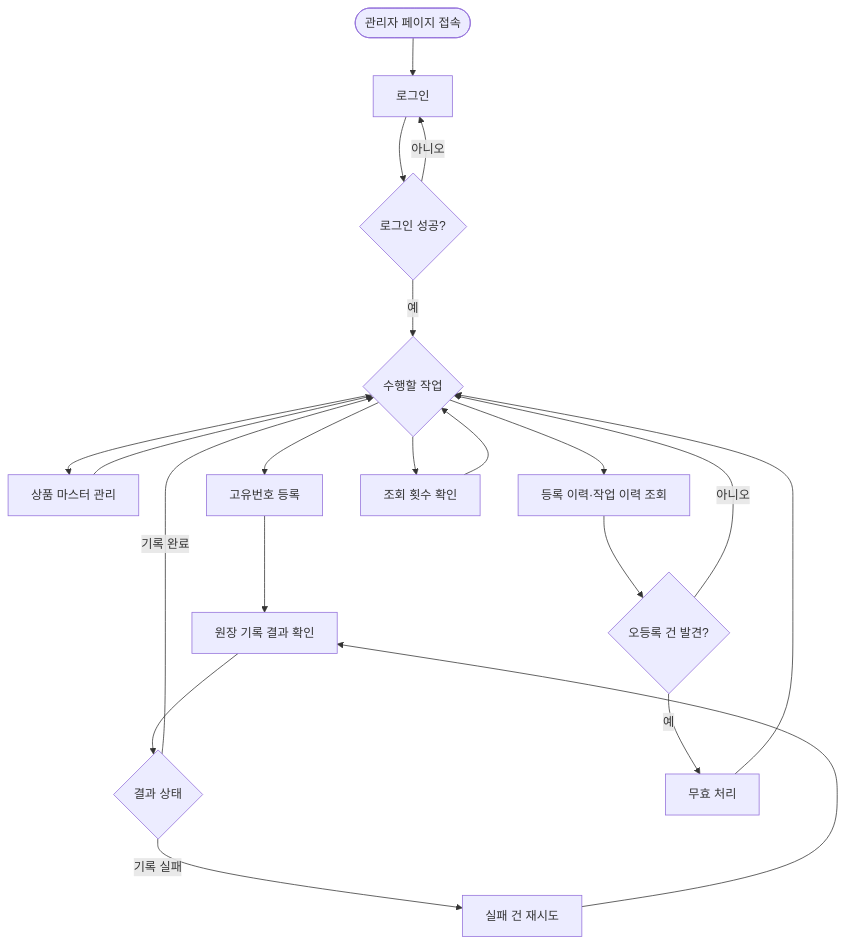
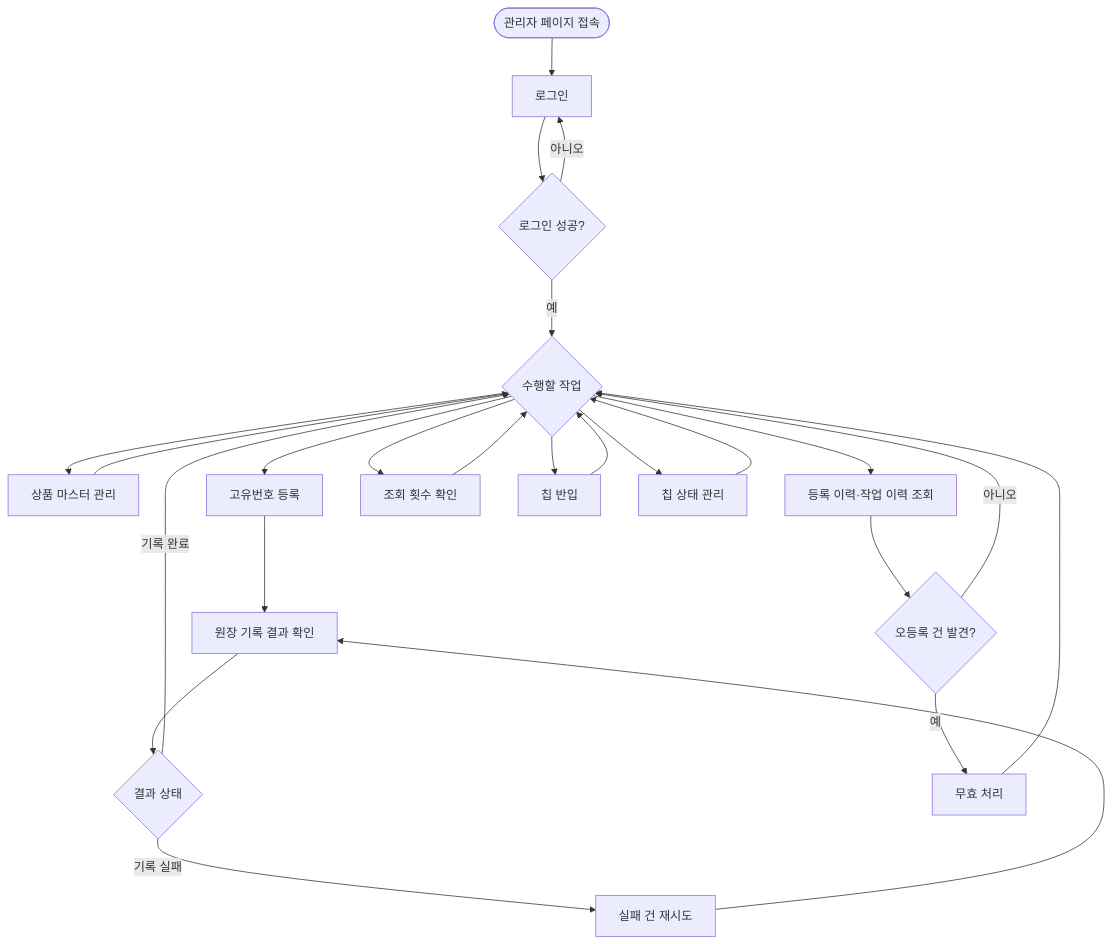
The first of 10 diagrams in BR/07-고객여정/관리자/03-유저플로우.md (Soneungsu/Blockchain-Product-Authentication), drawn with Mermaid before and after one commit. The commit also changed other lines of this file and 19 other files, not shown here.

````diff
--- a/BR/07-고객여정/관리자/03-유저플로우.md
+++ b/BR/07-고객여정/관리자/03-유저플로우.md
@@ -7,22 +7,26 @@
 ```mermaid
 flowchart TD
     A([관리자 페이지 접속]) --> B[로그인]
     B --> C{로그인 성공?}
     C -- 아니오 --> B
     C -- 예 --> D{수행할 작업}
     D --> E[상품 마스터 관리]
     D --> F[고유번호 등록]
     D --> G[등록 이력·작업 이력 조회]
     D --> N[조회 횟수 확인]
+    D --> P[칩 반입]
+    D --> Q[칩 상태 관리]
+    P --> D
+    Q --> D
     E --> D
     F --> H[원장 기록 결과 확인]
     H --> I{결과 상태}
     I -- 기록 완료 --> D
     I -- 기록 실패 --> J[실패 건 재시도]
     J --> H
     G --> M{오등록 건 발견?}
     M -- 예 --> O[무효 처리]
     M -- 아니오 --> D
     O --> D
     N --> D
 ```
````
